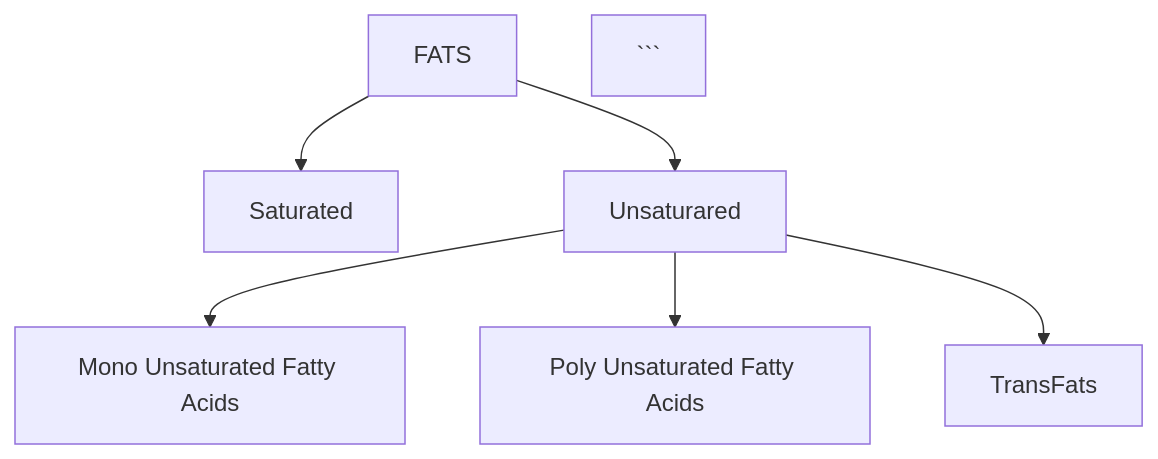
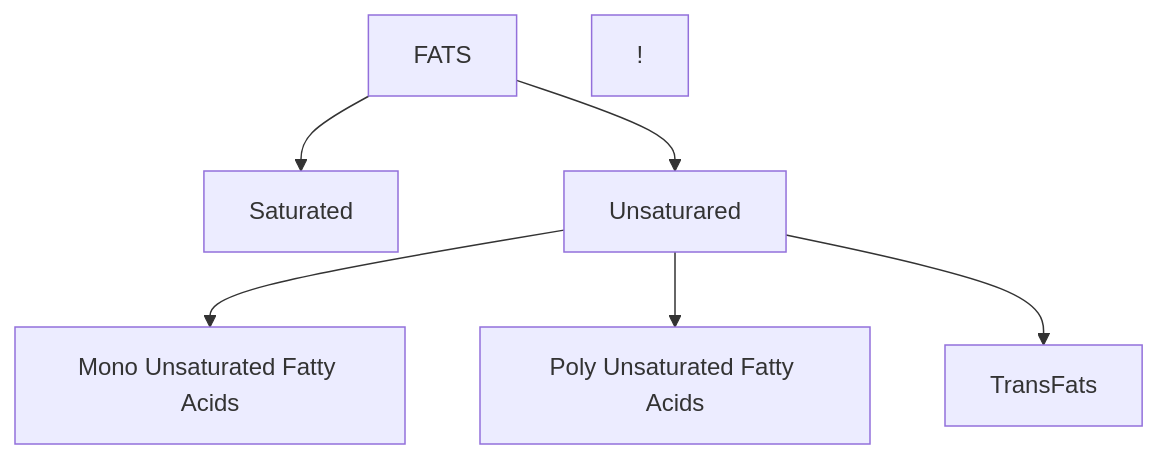
Before and after one commit to tmkmanoj12/learn: the first of 2 diagrams in content/health/books/rujuthadiwekar/dont_looose_your_mind_loose_weight/about_fats.md, drawn with Mermaid. The commit also changed other lines of this file and 32 other files, not shown here.

````diff
--- a/content/health/books/rujuthadiwekar/dont_looose_your_mind_loose_weight/about_fats.md
+++ b/content/health/books/rujuthadiwekar/dont_looose_your_mind_loose_weight/about_fats.md
@@ -48,12 +48,9 @@
 {{<mermaid align="center">}}
-
-graph TD; A[FATS]-->B[Saturated]
-
-```
-A-->C[Unsaturared]
-C-->D[Mono Unsaturated Fatty Acids]
-C-->E[Poly Unsaturated Fatty Acids]
-C-->F[TransFats]
-```
-
+  graph TD; 
+  A[FATS]-->B[Saturated]
+  !
+  A-->C[Unsaturared]
+  C-->D[Mono Unsaturated Fatty Acids]
+  C-->E[Poly Unsaturated Fatty Acids]
+  C-->F[TransFats]
 {{< /mermaid >}}
````
